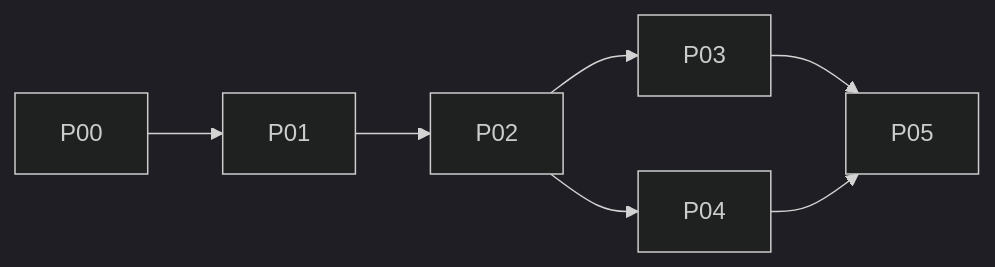
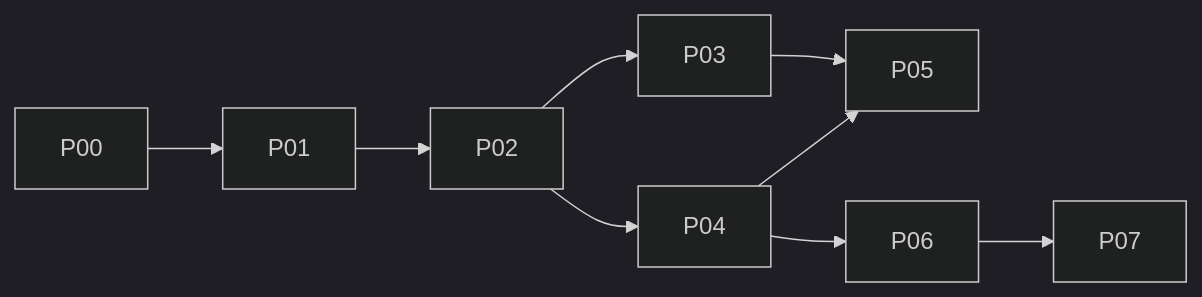
The first of 2 diagrams in docs/implementation/DEPENDENCY_GRAPH.md (saravananravi08/slack-brain), drawn with Mermaid (dark theme) before and after one commit. The commit also changed other lines of this file and 37 other files, not shown here.

````diff
--- a/docs/implementation/DEPENDENCY_GRAPH.md
+++ b/docs/implementation/DEPENDENCY_GRAPH.md
@@ -7,8 +7,9 @@
 ```mermaid
 flowchart LR
   P00 --> P01 --> P02
   P02 --> P03
   P02 --> P04
   P03 --> P05
   P04 --> P05
+  P04 --> P06 --> P07
 ```
````
